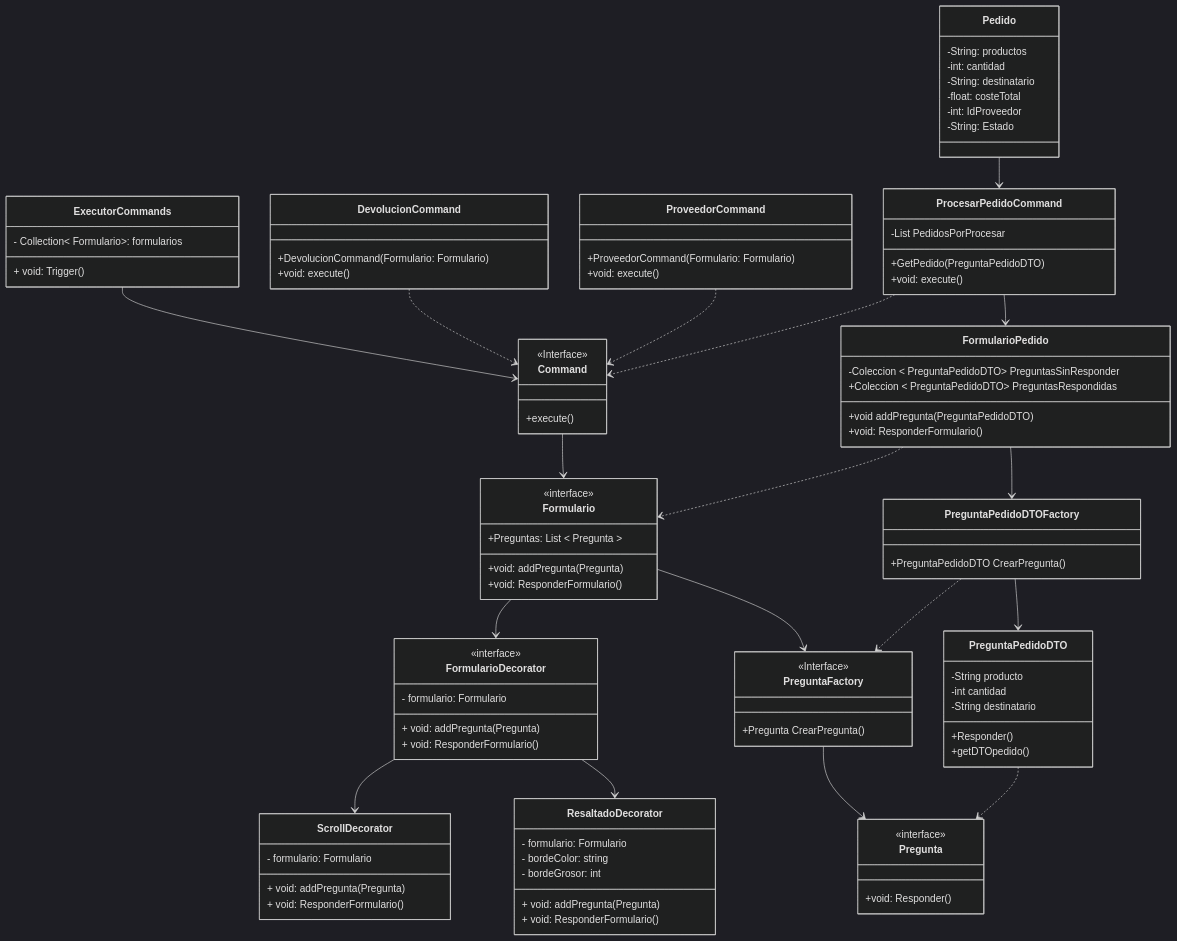
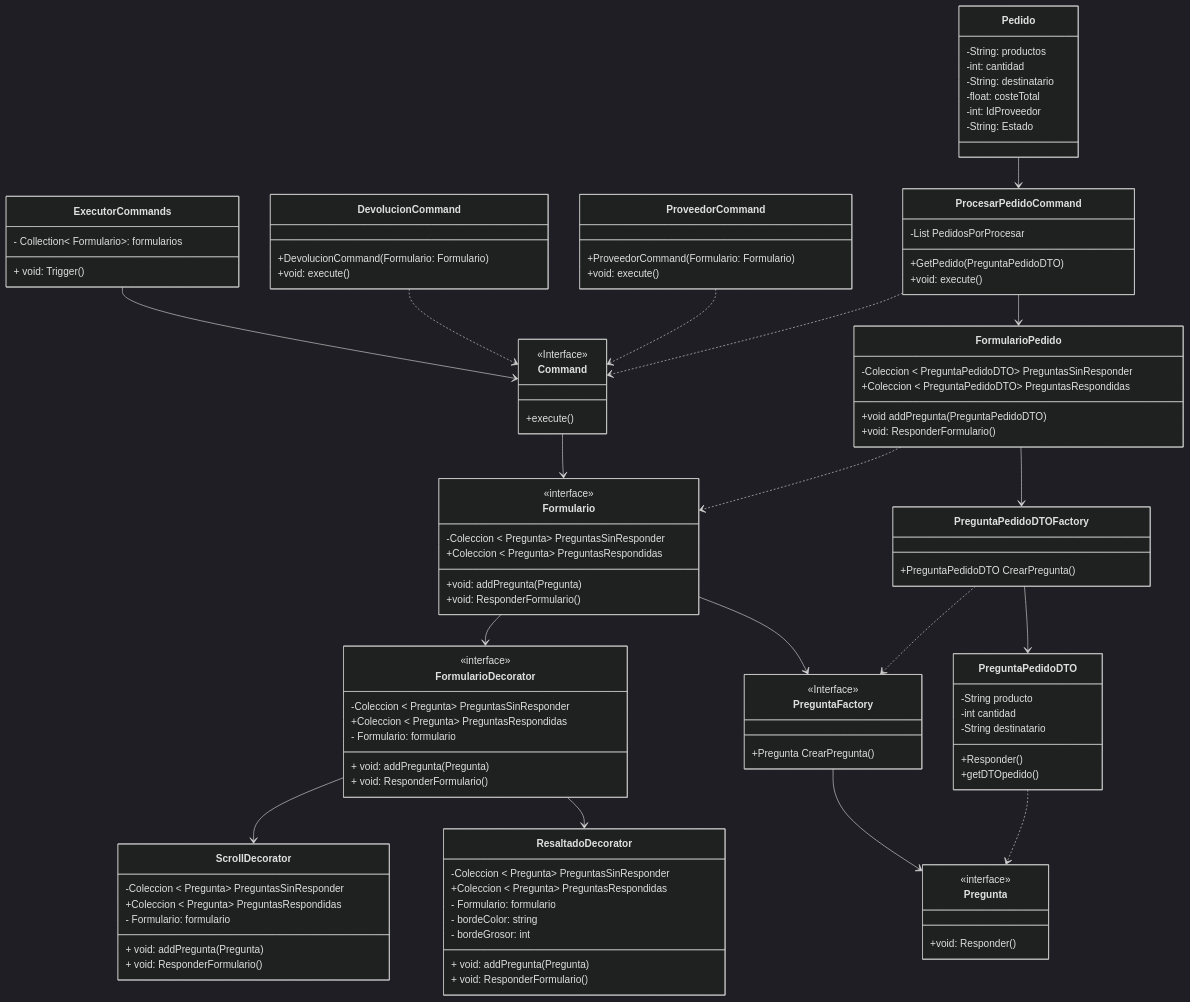
One commit to craboftw/DistribuidoraDSS changed the second of 2 diagrams in README.md. Above: the diagram before and after it, drawn with Mermaid (dark theme).

```diff
--- a/README.md
+++ b/README.md
@@ -107,8 +107,9 @@
 }
 class Formulario {
     <<interface>>
-+Preguntas: List < Pregunta >
-+void: addPregunta(Pregunta)
+   -Coleccion < Pregunta> PreguntasSinResponder
+   +Coleccion < Pregunta> PreguntasRespondidas
+   +void: addPregunta(Pregunta)
 +void: ResponderFormulario()
 }
 
@@ -153,21 +154,27 @@
 
 class FormularioDecorator {
     <<interface>>
-        - formulario: Formulario
+        -Coleccion < Pregunta> PreguntasSinResponder
+        +Coleccion < Pregunta> PreguntasRespondidas
+        - Formulario: formulario
         + void: addPregunta(Pregunta)
         + void: ResponderFormulario()
 
     }
 
     class ScrollDecorator {
-        - formulario: Formulario
+        -Coleccion < Pregunta> PreguntasSinResponder
+        +Coleccion < Pregunta> PreguntasRespondidas
+        - Formulario: formulario
         + void: addPregunta(Pregunta)
         + void: ResponderFormulario()
 
     }
 
     class ResaltadoDecorator {
-        - formulario: Formulario
+        -Coleccion < Pregunta> PreguntasSinResponder
+        +Coleccion < Pregunta> PreguntasRespondidas
+        - Formulario: formulario
         - bordeColor: string
         - bordeGrosor: int
         + void: addPregunta(Pregunta)
```
